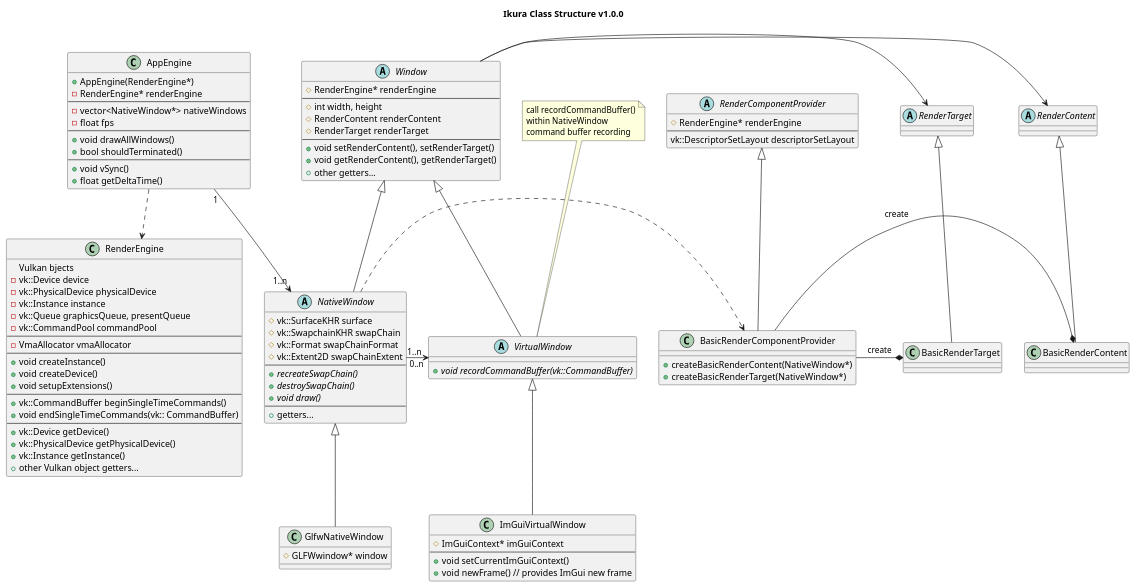
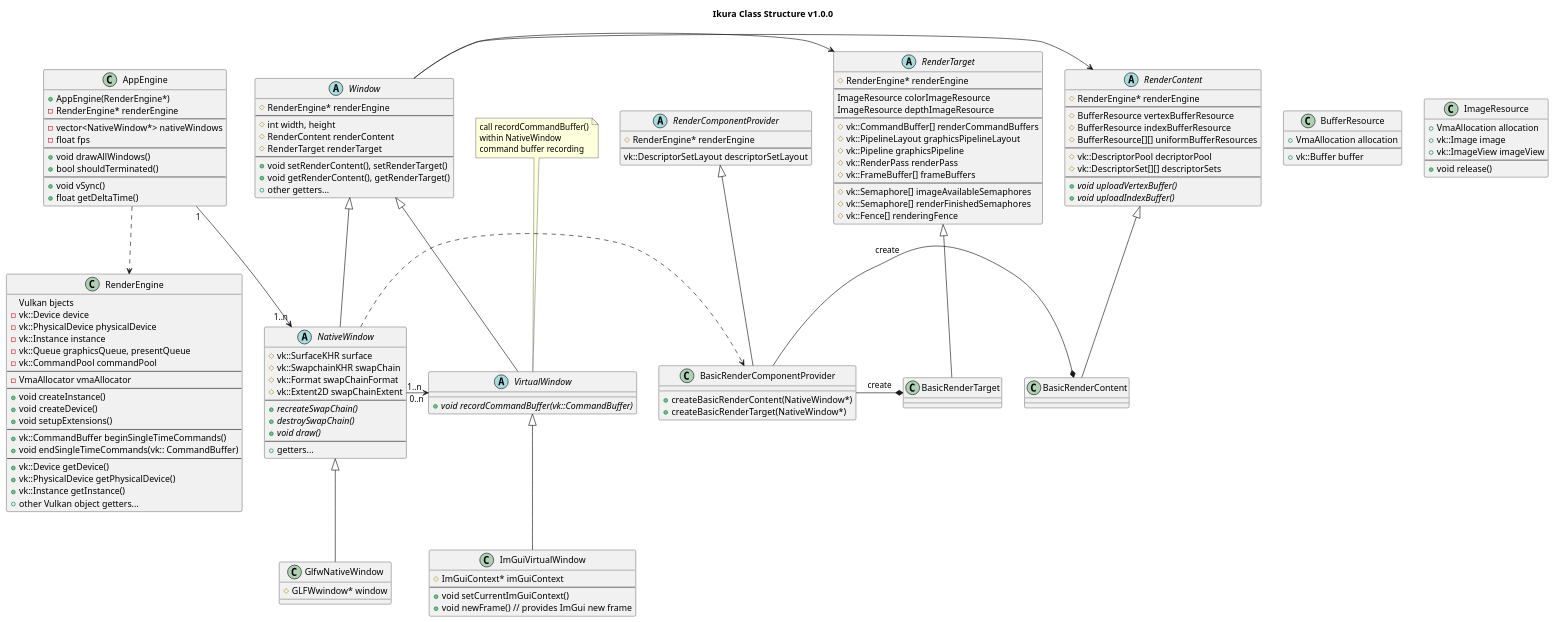
One commit to ikulab/ikulab-motion-viewer changed the diagram in uml/ikura.plantuml. Above: the diagram before and after it, drawn with PlantUML. The commit also changed 1 other file, not shown here.

Commit message:
wip: renderComponent

```diff
--- a/uml/ikura.plantuml
+++ b/uml/ikura.plantuml
@@ -1,156 +1,195 @@
 @startuml ikura
 title Ikura Class Structure v1.0.0
 
 ' ==================================================
 '   class definitions
 ' ==================================================
 
 ' engine --------------------
 
 class RenderEngine {
 	Vulkan bjects
 	- vk::Device device
 	- vk::PhysicalDevice physicalDevice
 	- vk::Instance instance
 	- vk::Queue graphicsQueue, presentQueue
 	- vk::CommandPool commandPool
 	----
 	- VmaAllocator vmaAllocator
 	----
 	+ void createInstance()
 	+ void createDevice()
 	+ void setupExtensions()
 	----
 	+ vk::CommandBuffer beginSingleTimeCommands()
 	+ void endSingleTimeCommands(vk:: CommandBuffer)
 	----
 	+ vk::Device getDevice()
 	+ vk::PhysicalDevice getPhysicalDevice()
 	+ vk::Instance getInstance()
 	+ other Vulkan object getters...
 }
 
 class AppEngine {
 	+ AppEngine(RenderEngine*)
 	- RenderEngine* renderEngine
 	----
 	- vector<NativeWindow*> nativeWindows
 	- float fps
 	----
 	+ void drawAllWindows()
 	+ bool shouldTerminated()
 	----
 	+ void vSync()
 	+ float getDeltaTime()
 }
 
 ' window --------------------
 
 abstract Window {
 	# RenderEngine* renderEngine
 	----
 	# int width, height
 	# RenderContent renderContent
 	# RenderTarget renderTarget
 	----
 	+ void setRenderContent(), setRenderTarget()
 	+ void getRenderContent(), getRenderTarget()
 	+ other getters...
 }
 
 abstract NativeWindow {
 	# vk::SurfaceKHR surface
 	# vk::SwapchainKHR swapChain
 	# vk::Format swapChainFormat
 	# vk::Extent2D swapChainExtent
 	----
 	+ {abstract} recreateSwapChain()
 	+ {abstract} destroySwapChain()
 	+ {abstract} void draw()
 	----
 	+ getters...
 }
 
 class GlfwNativeWindow {
 	# GLFWwindow* window
 }
 
 abstract VirtualWindow {
 	+ {abstract} void recordCommandBuffer(vk::CommandBuffer)
 }
 
 class ImGuiVirtualWindow {
 	# ImGuiContext* imGuiContext
 	----
 	+ void setCurrentImGuiContext()
 	+ void newFrame() // provides ImGui new frame
 }
 
 ' render component
 
 abstract RenderContent {
-
+	# RenderEngine* renderEngine
+	----
+	# BufferResource vertexBufferResource
+	# BufferResource indexBufferResource
+	# BufferResource[][] uniformBufferResources
+	----
+	# vk::DescriptorPool decriptorPool
+	# vk::DescriptorSet[][] descriptorSets
+	----
+	+ {abstract} void uploadVertexBuffer()
+	+ {abstract} void uploadIndexBuffer()
 }
 
 class BasicRenderContent {
 
 }
 
 abstract RenderTarget {
-
+	# RenderEngine* renderEngine
+	----
+	ImageResource colorImageResource
+	ImageResource depthImageResource
+	----
+	# vk::CommandBuffer[] renderCommandBuffers
+	# vk::PipelineLayout graphicsPipelineLayout
+	# vk::Pipeline graphicsPipeline
+	# vk::RenderPass renderPass
+	# vk::FrameBuffer[] frameBuffers
+	----
+	# vk::Semaphore[] imageAvailableSemaphores
+	# vk::Semaphore[] renderFinishedSemaphores
+	# vk::Fence[] renderingFence
 }
 
 class BasicRenderTarget {
 
 }
 
 abstract RenderComponentProvider {
 	# RenderEngine* renderEngine
 	----
 	vk::DescriptorSetLayout descriptorSetLayout
 }
 
 class BasicRenderComponentProvider {
 	+ createBasicRenderContent(NativeWindow*)
 	+ createBasicRenderTarget(NativeWindow*)
+}
+
+' resources
+
+class BufferResource {
+	+ VmaAllocation allocation
+	----
+	+ vk::Buffer buffer
+}
+
+class ImageResource {
+	+ VmaAllocation allocation
+	+ vk::Image image
+	+ vk::ImageView imageView
+	----
+	+ void release()
 }
 
 
 ' ==================================================
 '   relations
 ' ==================================================
 
 ' notes --------------------
 
 note top of VirtualWindow
 	call recordCommandBuffer()
 	within NativeWindow
 	command buffer recording
 end note
 
 ' inheritances --------------------
 
 Window <|-- NativeWindow
 Window <|-- VirtualWindow
 NativeWindow <|-- GlfwNativeWindow
 VirtualWindow <|-- ImGuiVirtualWindow
 
 RenderContent <|-- BasicRenderContent
 RenderTarget <|-- BasicRenderTarget
 RenderComponentProvider <|-- BasicRenderComponentProvider
 
 ' dependencies --------------------
 
 AppEngine ..> RenderEngine
 AppEngine "1" --> "1..n" NativeWindow
 
 NativeWindow "1..n " -> " 0..n" VirtualWindow
 
 Window -> RenderContent
 Window -> RenderTarget
 
 NativeWindow .> BasicRenderComponentProvider
 BasicRenderComponentProvider -* BasicRenderContent : "create"
 BasicRenderComponentProvider -* BasicRenderTarget  : "create"
 
 @enduml
```
